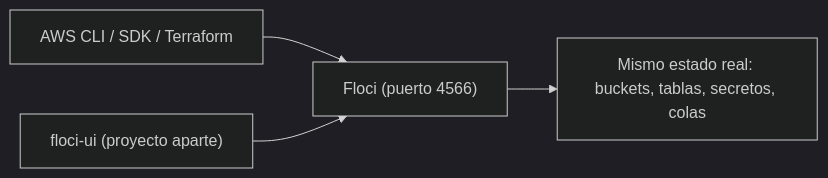
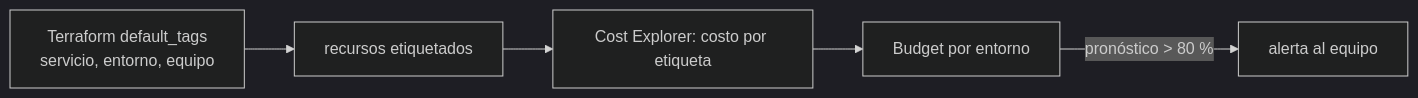
Before and after one commit to NICORUIZ93/The_Imperial_Book: the diagram in web/public/content/cloud/modulo-34.md, drawn with Mermaid (dark theme). The commit also changed other lines of this file and 305 other files, not shown here.

````diff
--- a/web/public/content/cloud/modulo-34.md
+++ b/web/public/content/cloud/modulo-34.md
@@ -384,6 +402,7 @@
 ```mermaid
 flowchart LR
-  CLI["AWS CLI / SDK / Terraform"] --> F["Floci (puerto 4566)"]
-  UI["floci-ui (proyecto aparte)"] --> F
-  F --> E["Mismo estado real: buckets, tablas, secretos, colas"]
+    T["Terraform default_tags<br/>servicio, entorno, equipo"] --> R["recursos etiquetados"]
+    R --> C["Cost Explorer: costo por etiqueta"]
+    C --> B["Budget por entorno"]
+    B -->|"pronóstico > 80 %"| A["alerta al equipo"]
 ```
````
